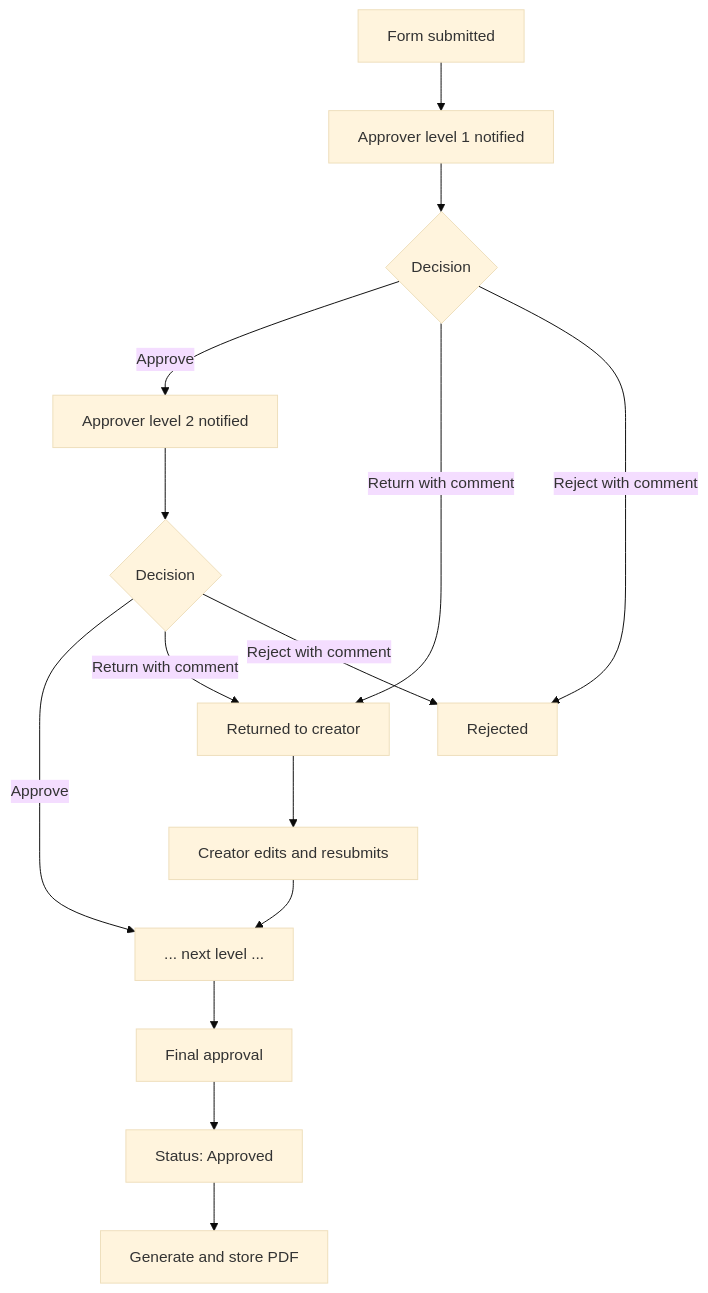
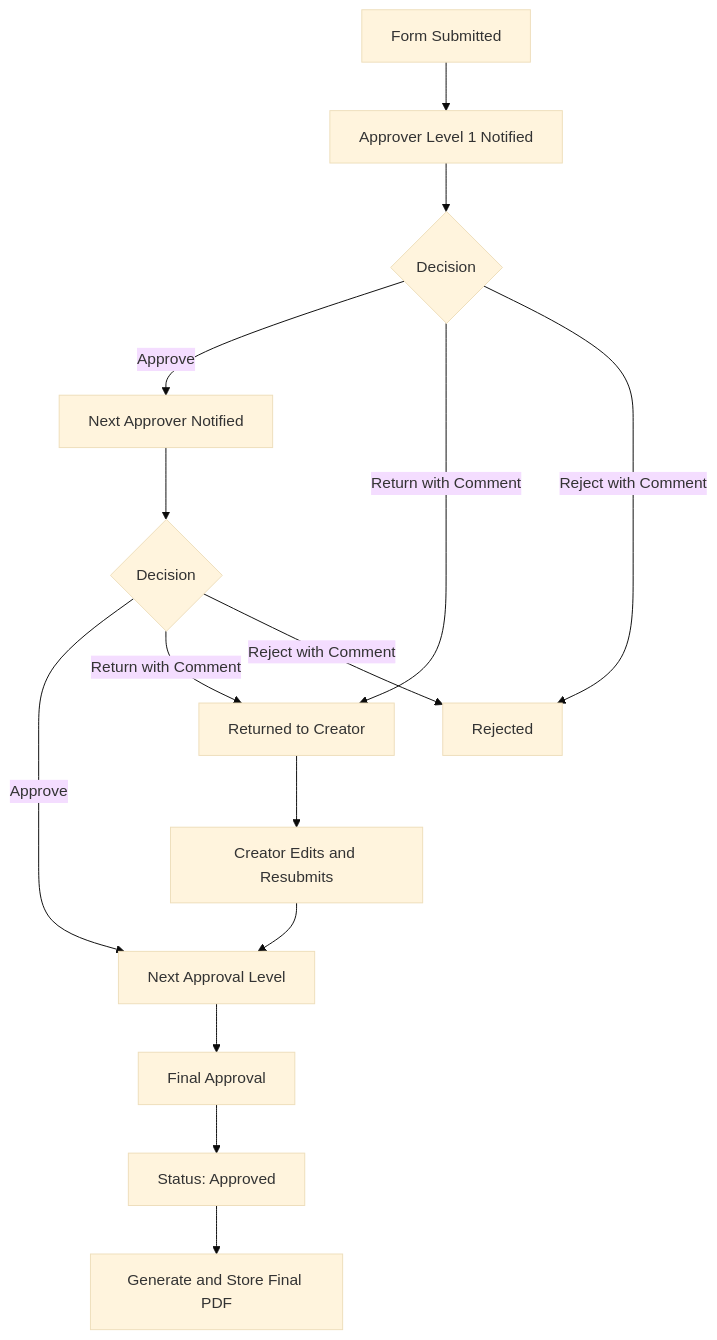
The diagram in docs/08-approval-workflow.md (Rideema14/Contract-Form-Automation), drawn with Mermaid (base theme) before and after one commit. The commit also changed other lines of this file and 17 other files, not shown here.

````diff
--- a/docs/08-approval-workflow.md
+++ b/docs/08-approval-workflow.md
@@ -4,17 +13,22 @@
 ```mermaid
 flowchart TD
-    S[Form submitted] --> L1[Approver level 1 notified]
+    S[Form Submitted] --> L1[Approver Level 1 Notified]
     L1 --> D1{Decision}
-    D1 -- Approve --> L2[Approver level 2 notified]
-    D1 -- Return with comment --> R[Returned to creator]
-    D1 -- Reject with comment --> X[Rejected]
+
+    D1 -- Approve --> L2[Next Approver Notified]
+    D1 -- Return with Comment --> R[Returned to Creator]
+    D1 -- Reject with Comment --> X[Rejected]
+
     L2 --> D2{Decision}
-    D2 -- Approve --> LN[... next level ...]
-    D2 -- Return with comment --> R
-    D2 -- Reject with comment --> X
-    LN --> FIN[Final approval]
+    D2 -- Approve --> LN[Next Approval Level]
+    D2 -- Return with Comment --> R
+    D2 -- Reject with Comment --> X
+
+    LN --> FIN[Final Approval]
     FIN --> OK[Status: Approved]
-    R --> ED[Creator edits and resubmits]
+
+    R --> ED[Creator Edits and Resubmits]
     ED --> LN
-    OK --> PDFG[Generate and store PDF]
+
+    OK --> PDFG[Generate and Store Final PDF]
 ```
````
